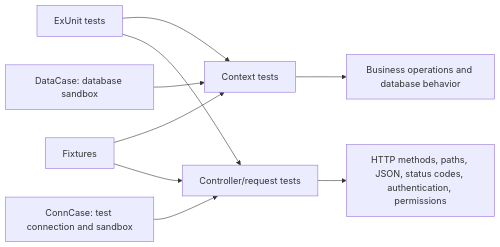
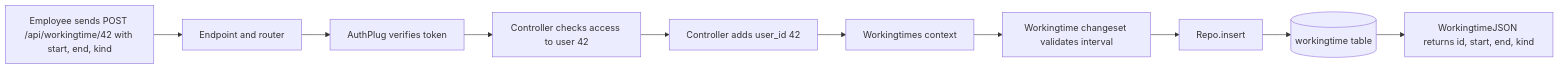
The fourth of 4 diagrams in backend/project/backend_overview.md (Ousama31/time_manager), drawn with Mermaid before and after one commit. The commit also changed other lines of this file, not shown here.

````diff
--- a/backend/project/backend_overview.md
+++ b/backend/project/backend_overview.md
@@ -356,11 +601,12 @@
 ```mermaid
 flowchart LR
-  Test[ExUnit tests] --> Context[Context tests]
-  Test --> HTTP[Controller/request tests]
-  Context --> Rules[Business operations and database behavior]
-  HTTP --> Routes[HTTP methods, paths, JSON, status codes, authentication, permissions]
-  Fixtures[Fixtures] --> Context
-  Fixtures --> HTTP
-  ConnCase[ConnCase: test connection and sandbox] --> HTTP
-  DataCase[DataCase: database sandbox] --> Context
+  A[Employee sends POST /api/workingtime/42 with start, end, kind] --> B[Endpoint and router]
+  B --> C[AuthPlug verifies token]
+  C --> D[Controller checks access to user 42]
+  D --> E[Controller adds user_id 42]
+  E --> F[Workingtimes context]
+  F --> G[Workingtime changeset validates interval]
+  G --> H[Repo.insert]
+  H --> I[(workingtime table)]
+  I --> J[WorkingtimeJSON returns id, start, end, kind]
 ```
````
